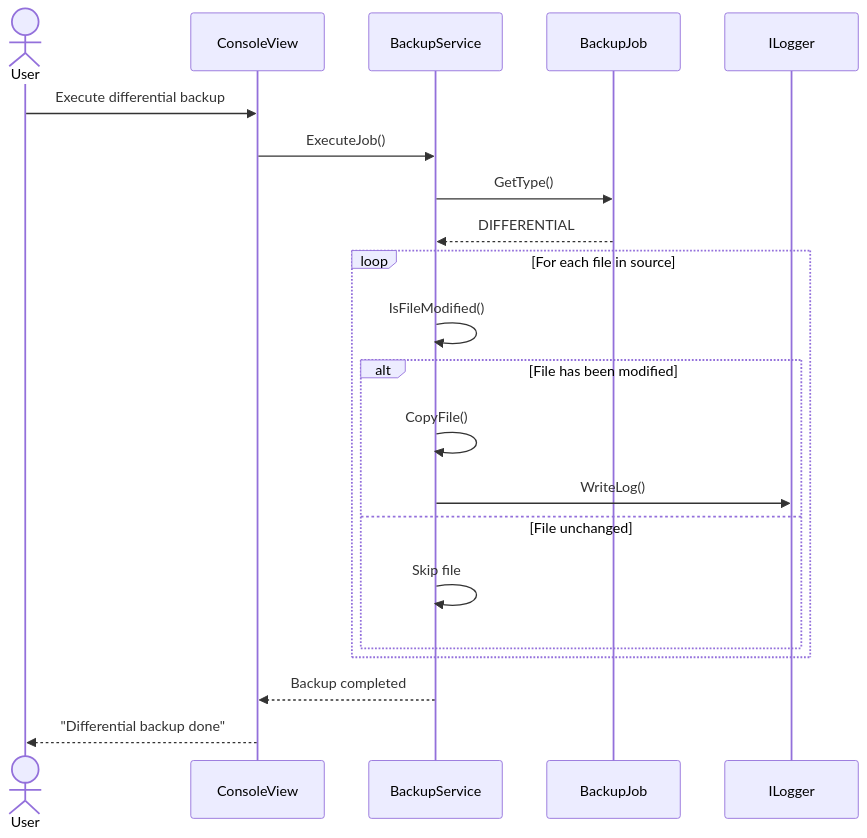
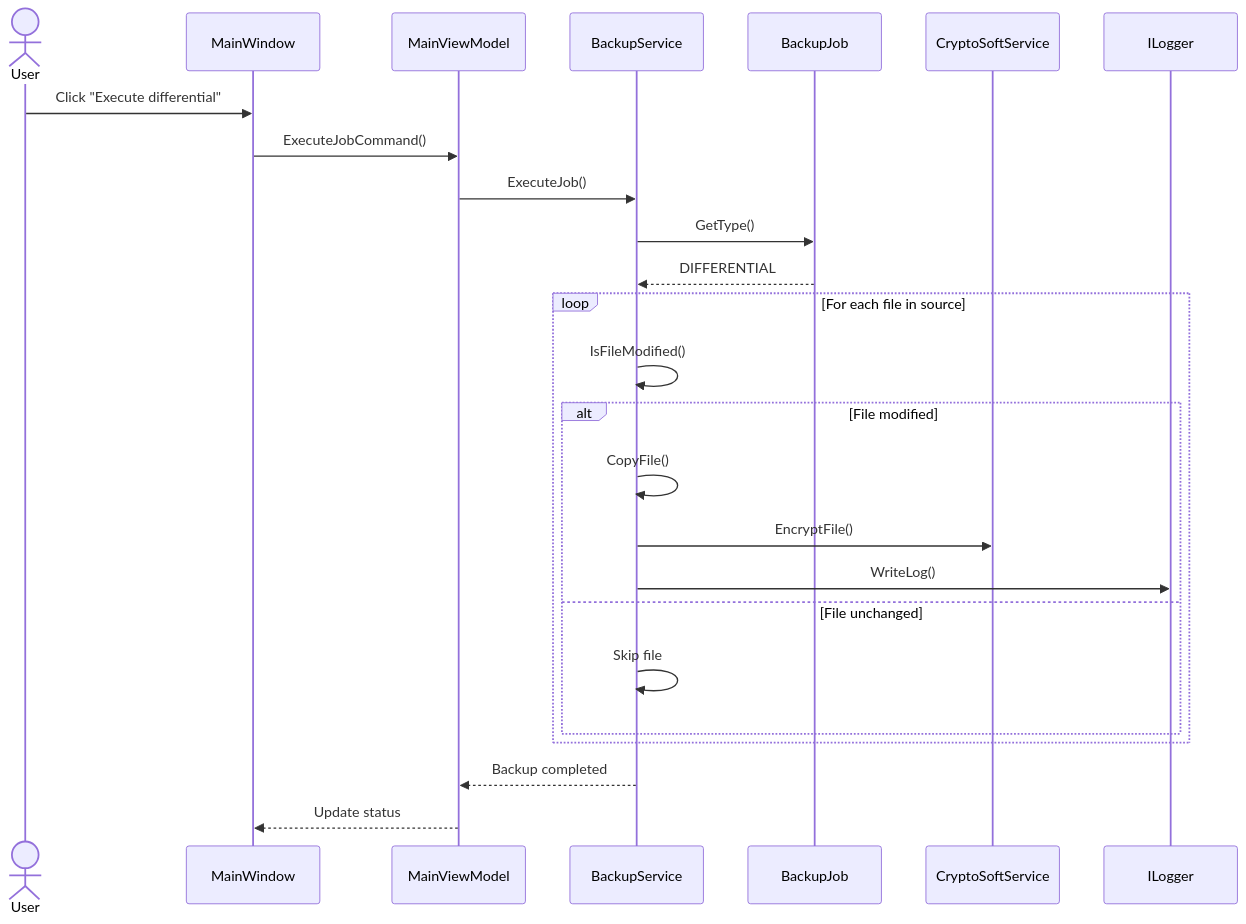
The seventh of 8 diagrams in Diagrams/UML.md (Groupe1-Prosoft/EasySave), drawn with Mermaid before and after one commit. The commit also changed other lines of this file, not shown here.

First line of the commit message:
Revise UML diagrams for EasySave 2.0

````diff
--- a/Diagrams/UML.md
+++ b/Diagrams/UML.md
@@ -306,28 +358,32 @@
 ```mermaid
 sequenceDiagram
     actor User
-    participant ConsoleView
+    participant MainWindow
+    participant MainViewModel
     participant BackupService
     participant BackupJob
+    participant CryptoSoftService
     participant ILogger
 
-    User->>ConsoleView: Execute differential backup
-    ConsoleView->>BackupService: ExecuteJob()
+    User->>MainWindow: Click "Execute differential"
+    MainWindow->>MainViewModel: ExecuteJobCommand()
+    MainViewModel->>BackupService: ExecuteJob()
 
     BackupService->>BackupJob: GetType()
     BackupJob-->>BackupService: DIFFERENTIAL
 
     loop For each file in source
         BackupService->>BackupService: IsFileModified()
 
-        alt File has been modified
+        alt File modified
             BackupService->>BackupService: CopyFile()
+            BackupService->>CryptoSoftService: EncryptFile()
             BackupService->>ILogger: WriteLog()
         else File unchanged
             BackupService->>BackupService: Skip file
         end
     end
 
-    BackupService-->>ConsoleView: Backup completed
-    ConsoleView-->>User: "Differential backup done"
+    BackupService-->>MainViewModel: Backup completed
+    MainViewModel-->>MainWindow: Update status
 ```
````
